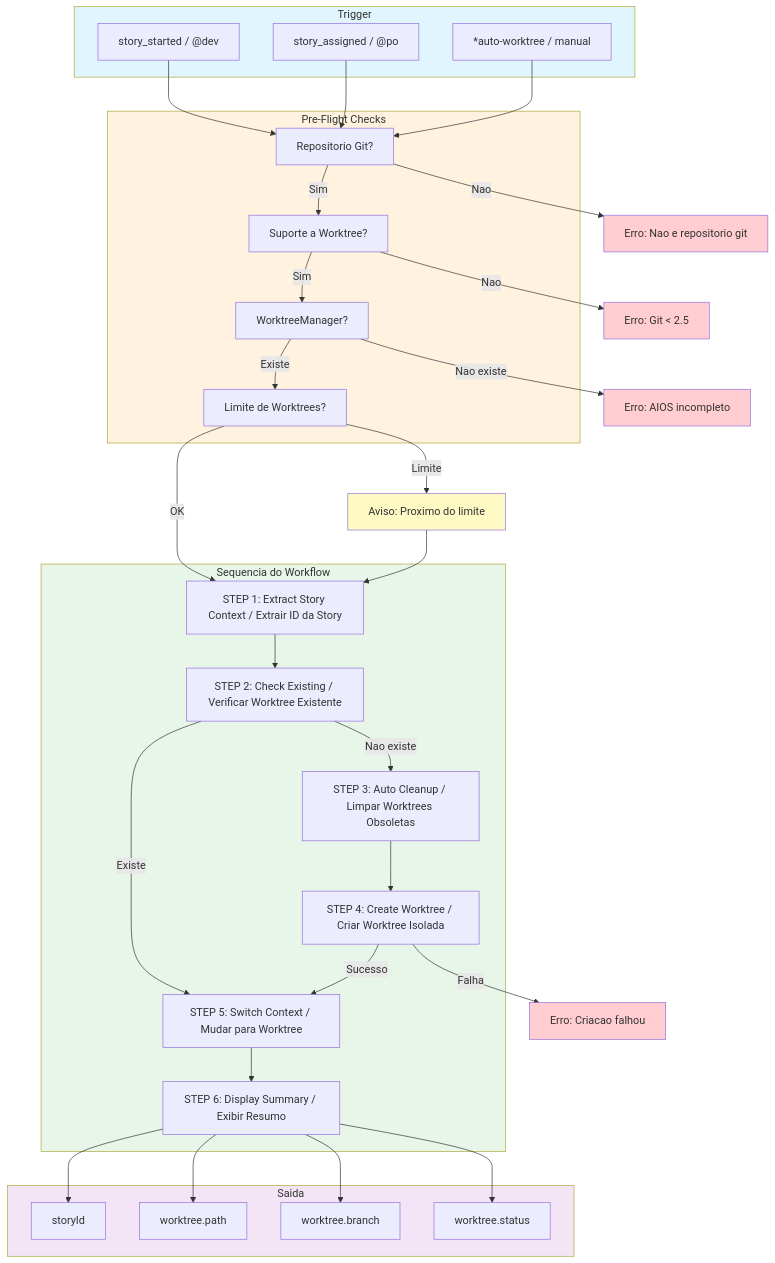
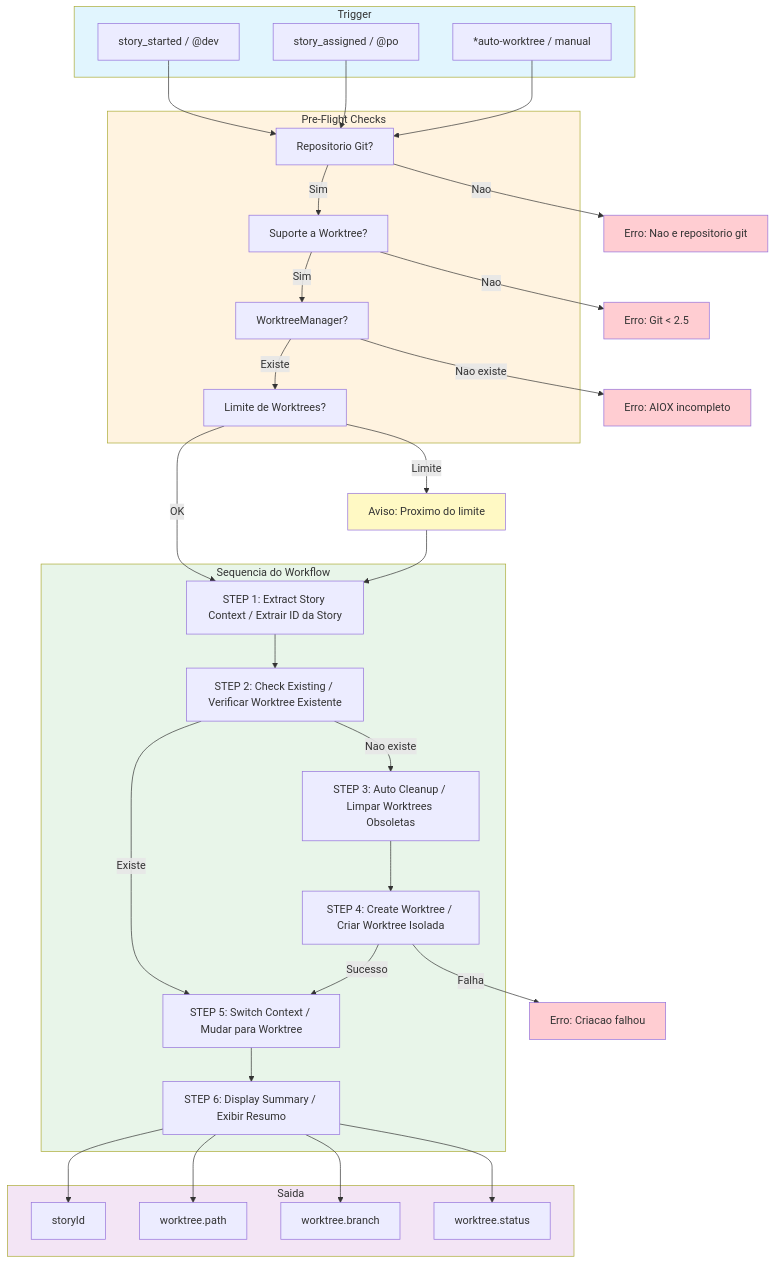
One commit to bychrisr/aios-docs changed the first of 5 diagrams in content/en/docs/guides/workflows/AUTO-WORKTREE-WORKFLOW.mdx. Above: the diagram before and after it, drawn with Mermaid. The commit also changed other lines of this file and 564 other files, not shown here.

````diff
--- a/content/en/docs/guides/workflows/AUTO-WORKTREE-WORKFLOW.mdx
+++ b/content/en/docs/guides/workflows/AUTO-WORKTREE-WORKFLOW.mdx
@@ -39,70 +39,70 @@
 ```mermaid
 flowchart TB
     subgraph TRIGGER["Trigger"]
         T1[story_started / @dev]
         T2[story_assigned / @po]
         T3[*auto-worktree / manual]
     end
 
     subgraph PREFLIGHT["Pre-Flight Checks"]
         PF1[Repositorio Git?]
         PF2[Suporte a Worktree?]
         PF3[WorktreeManager?]
         PF4[Limite de Worktrees?]
     end
 
     subgraph WORKFLOW["Sequencia do Workflow"]
         S1["STEP 1: Extract Story Context / Extrair ID da Story"]
         S2["STEP 2: Check Existing / Verificar Worktree Existente"]
         S3["STEP 3: Auto Cleanup / Limpar Worktrees Obsoletas"]
         S4["STEP 4: Create Worktree / Criar Worktree Isolada"]
         S5["STEP 5: Switch Context / Mudar para Worktree"]
         S6["STEP 6: Display Summary / Exibir Resumo"]
     end
 
     subgraph OUTPUT["Saida"]
         O1[storyId]
         O2[worktree.path]
         O3[worktree.branch]
         O4[worktree.status]
     end
 
     T1 --> PF1
     T2 --> PF1
     T3 --> PF1
 
     PF1 -->|Sim| PF2
     PF1 -->|Nao| ERR1[Erro: Nao e repositorio git]
 
     PF2 -->|Sim| PF3
     PF2 -->|Nao| ERR2[Erro: Git < 2.5]
 
     PF3 -->|Existe| PF4
-    PF3 -->|Nao existe| ERR3[Erro: AIOS incompleto]
+    PF3 -->|Nao existe| ERR3[Erro: AIOX incompleto]
 
     PF4 -->|OK| S1
     PF4 -->|Limite| WARN1[Aviso: Proximo do limite]
     WARN1 --> S1
 
     S1 --> S2
     S2 -->|Existe| S5
     S2 -->|Nao existe| S3
     S3 --> S4
     S4 -->|Sucesso| S5
     S4 -->|Falha| ERR4[Erro: Criacao falhou]
     S5 --> S6
     S6 --> O1
     S6 --> O2
     S6 --> O3
     S6 --> O4
 
     style TRIGGER fill:#e1f5fe
     style PREFLIGHT fill:#fff3e0
     style WORKFLOW fill:#e8f5e9
     style OUTPUT fill:#f3e5f5
     style ERR1 fill:#ffcdd2
     style ERR2 fill:#ffcdd2
     style ERR3 fill:#ffcdd2
     style ERR4 fill:#ffcdd2
     style WARN1 fill:#fff9c4
 ```
````
